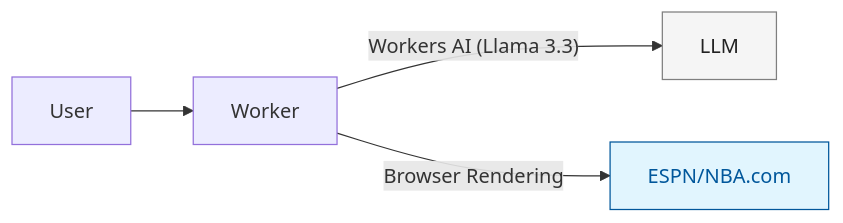
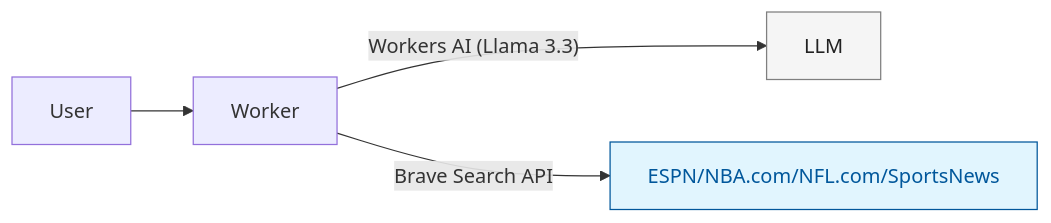
Before and after one commit to nikhildd32/cf_ai_scout: the diagram in README.md, drawn with Mermaid. The commit also changed other lines of this file and 19 other files, not shown here.

````diff
--- a/README.md
+++ b/README.md
@@ -48,11 +112,11 @@
 ```mermaid
 graph LR
   User --> Worker
   Worker -->|"Workers AI (Llama 3.3)"| LLM
-  Worker -->|"Browser Rendering"| ESPN/NBA.com
+  Worker -->|"Brave Search API"| ESPN/NBA.com/NFL.com/SportsNews
   LLM:::cloudflare
-  ESPN/NBA.com:::external
+  ESPN/NBA.com/NFL.com/SportsNews:::external
 
 classDef cloudflare fill:#f5f5f5,stroke:#7f7f7f,stroke-width:1px,color:#222;
 classDef external fill:#e1f5fe,stroke:#01579b,stroke-width:1px,color:#01579b;
 ```
````
